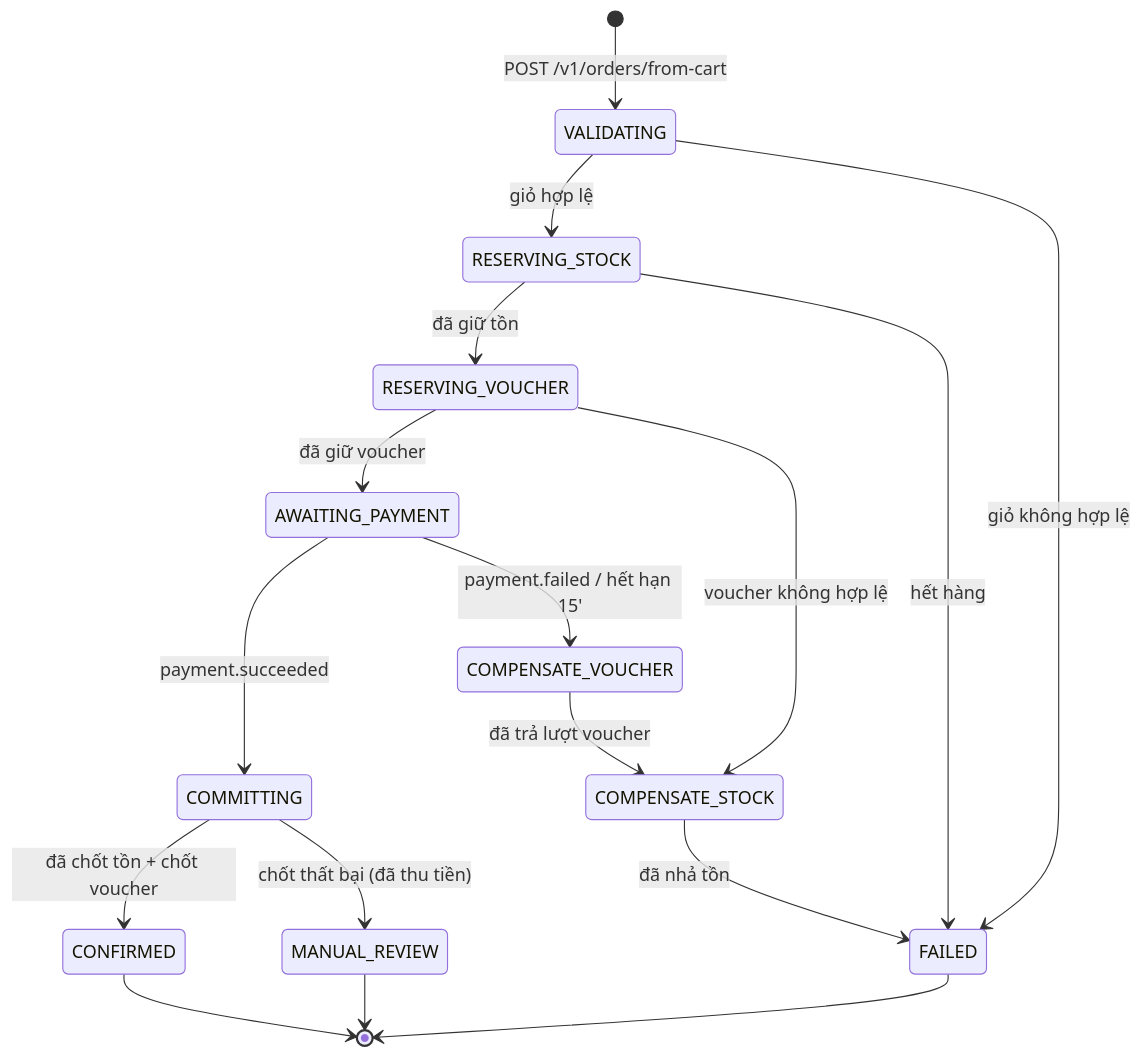
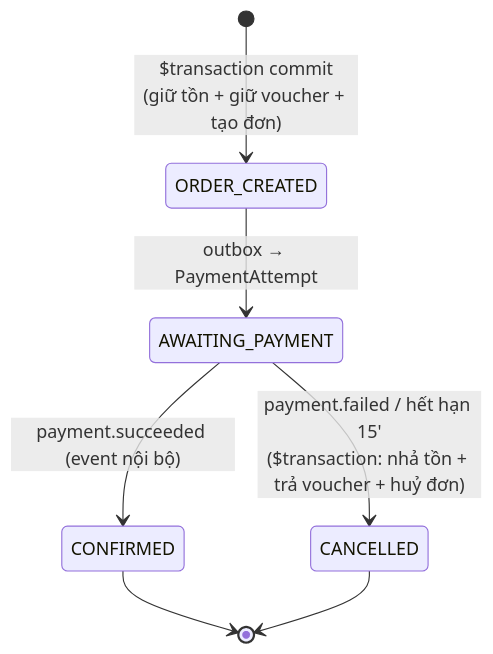
One commit to timmy277/timmyhub changed the third of 4 diagrams in docs/01-architecture/communication-patterns.md. Above: the diagram before and after it, drawn with Mermaid. The commit also changed other lines of this file and 34 other files, not shown here.

````diff
--- a/docs/01-architecture/communication-patterns.md
+++ b/docs/01-architecture/communication-patterns.md
@@ -220,25 +193,11 @@
 ```mermaid
 stateDiagram-v2
-    [*] --> VALIDATING: POST /v1/orders/from-cart
-    VALIDATING --> RESERVING_STOCK: giỏ hợp lệ
-    VALIDATING --> FAILED: giỏ không hợp lệ
+    [*] --> ORDER_CREATED: $transaction commit<br/>(giữ tồn + giữ voucher + tạo đơn)
+    ORDER_CREATED --> AWAITING_PAYMENT: outbox → PaymentAttempt
 
-    RESERVING_STOCK --> RESERVING_VOUCHER: đã giữ tồn
-    RESERVING_STOCK --> FAILED: hết hàng
-
-    RESERVING_VOUCHER --> AWAITING_PAYMENT: đã giữ voucher
-    RESERVING_VOUCHER --> COMPENSATE_STOCK: voucher không hợp lệ
-
-    AWAITING_PAYMENT --> COMMITTING: payment.succeeded
-    AWAITING_PAYMENT --> COMPENSATE_VOUCHER: payment.failed / hết hạn 15'
-
-    COMMITTING --> CONFIRMED: đã chốt tồn + chốt voucher
-    COMMITTING --> MANUAL_REVIEW: chốt thất bại (đã thu tiền)
-
-    COMPENSATE_VOUCHER --> COMPENSATE_STOCK: đã trả lượt voucher
-    COMPENSATE_STOCK --> FAILED: đã nhả tồn
+    AWAITING_PAYMENT --> CONFIRMED: payment.succeeded (event nội bộ)
+    AWAITING_PAYMENT --> CANCELLED: payment.failed / hết hạn 15'<br/>($transaction: nhả tồn + trả voucher + huỷ đơn)
 
     CONFIRMED --> [*]
-    FAILED --> [*]
-    MANUAL_REVIEW --> [*]
+    CANCELLED --> [*]
 ```
````
